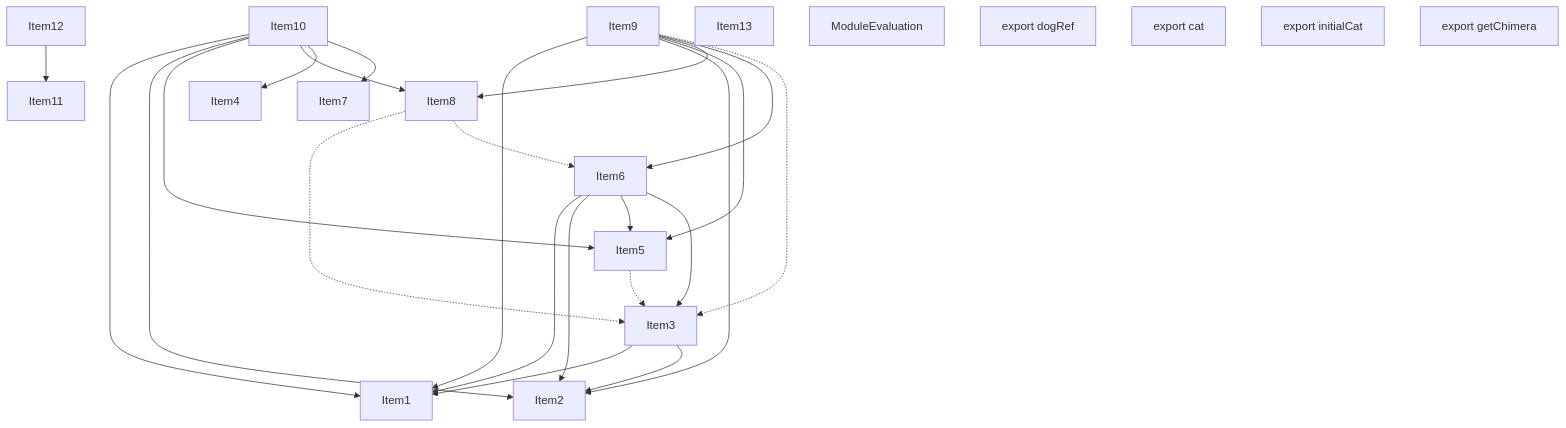
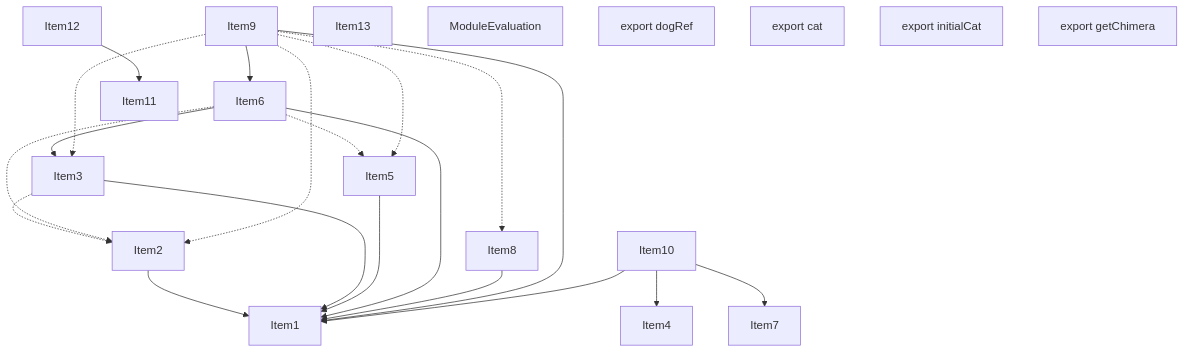
Before and after one commit to vercel/turborepo: the second of 4 diagrams in crates/turbopack-ecmascript/tests/tree-shaker/analyzer/complex/output.md, drawn with Mermaid. The commit also changed other lines of this file and 2 other files, not shown here.

````diff
--- a/crates/turbopack-ecmascript/tests/tree-shaker/analyzer/complex/output.md
+++ b/crates/turbopack-ecmascript/tests/tree-shaker/analyzer/complex/output.md
@@ -166,48 +166,45 @@
 ```mermaid
 graph TD
     Item1;
     Item2;
     Item3;
     Item4;
     Item5;
     Item6;
     Item7;
     Item8;
     Item9;
     Item10;
     Item11;
     Item12;
     Item13;
     Item14;
     Item14["ModuleEvaluation"];
     Item15;
     Item15["export dogRef"];
     Item16;
     Item16["export cat"];
     Item17;
     Item17["export initialCat"];
     Item18;
     Item18["export getChimera"];
+    Item2 --> Item1;
     Item3 --> Item1;
-    Item3 --> Item2;
-    Item5 -.-> Item3;
+    Item3 -.-> Item2;
+    Item5 --> Item1;
     Item6 --> Item1;
-    Item6 --> Item2;
-    Item6 --> Item5;
     Item6 --> Item3;
-    Item8 -.-> Item3;
-    Item8 -.-> Item6;
+    Item6 -.-> Item2;
+    Item6 -.-> Item5;
+    Item8 --> Item1;
     Item9 --> Item1;
-    Item9 --> Item2;
-    Item9 --> Item5;
-    Item9 --> Item8;
     Item9 --> Item6;
+    Item9 -.-> Item2;
     Item9 -.-> Item3;
+    Item9 -.-> Item5;
+    Item9 -.-> Item8;
     Item10 --> Item1;
-    Item10 --> Item2;
-    Item10 --> Item5;
-    Item10 --> Item8;
     Item10 --> Item4;
     Item10 --> Item7;
     Item12 --> Item11;
 ```
````
